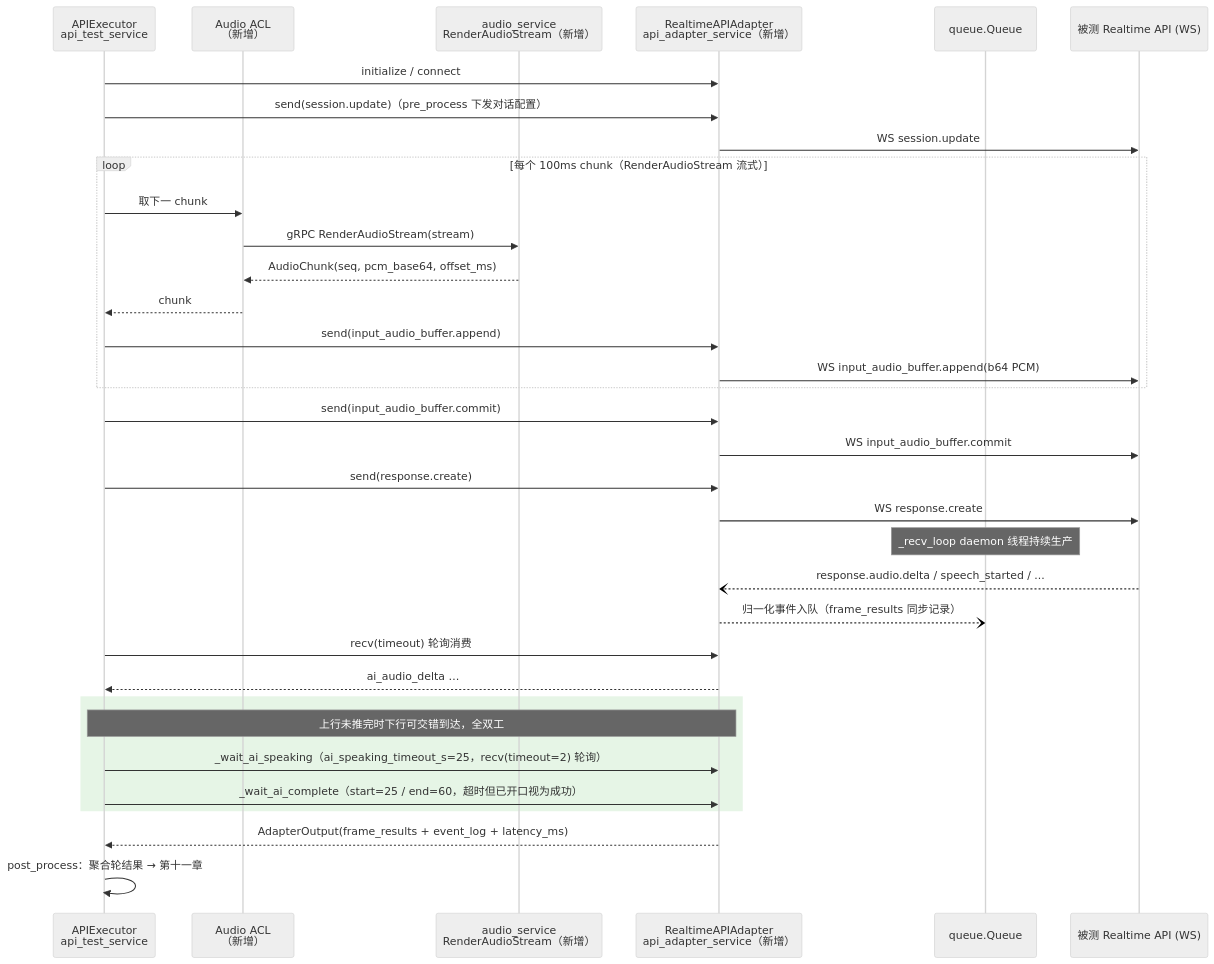
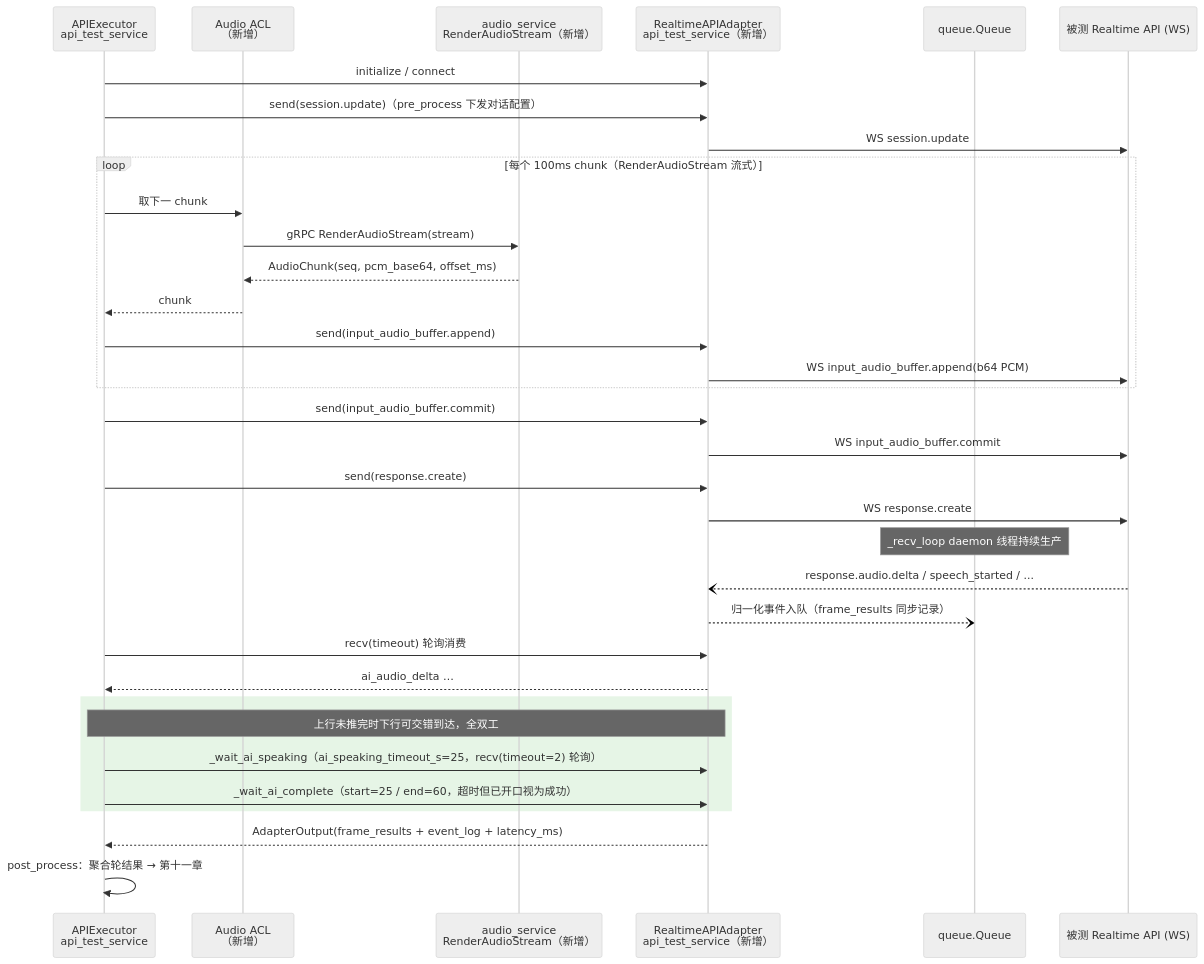
One commit to ydz-auto/intelligent_audio_test changed the second of 5 diagrams in Intelligent-Audio-TEST/doc/功能设计文档/01_测试执行/07_流式推送与结果获取.md. Above: the diagram before and after it, drawn with Mermaid (neutral theme). The commit also changed other lines of this file and 164 other files, not shown here.

First line of the commit message:
INT-1176: 重构·API适配·实施——api_adapter_service 删除实施：HTTP 执行内嵌 api_test_service（迁移+删除）

````diff
--- a/Intelligent-Audio-TEST/doc/功能设计文档/01_测试执行/07_流式推送与结果获取.md
+++ b/Intelligent-Audio-TEST/doc/功能设计文档/01_测试执行/07_流式推送与结果获取.md
@@ -174,41 +174,41 @@
 ```mermaid
 sequenceDiagram
     participant EX as APIExecutor<br/>api_test_service
     participant ACL as Audio ACL<br/>（新增）
     participant AU as audio_service<br/>RenderAudioStream（新增）
-    participant AD as RealtimeAPIAdapter<br/>api_adapter_service（新增）
+    participant AD as RealtimeAPIAdapter<br/>api_test_service（新增）
     participant Q as queue.Queue
     participant API as 被测 Realtime API (WS)
 
     EX->>AD: initialize / connect
     EX->>AD: send(session.update)（pre_process 下发对话配置）
     AD->>API: WS session.update
 
     loop 每个 100ms chunk（RenderAudioStream 流式）
         EX->>ACL: 取下一 chunk
         ACL->>AU: gRPC RenderAudioStream(stream)
         AU-->>ACL: AudioChunk(seq, pcm_base64, offset_ms)
         ACL-->>EX: chunk
         EX->>AD: send(input_audio_buffer.append)
         AD->>API: WS input_audio_buffer.append(b64 PCM)
     end
     EX->>AD: send(input_audio_buffer.commit)
     AD->>API: WS input_audio_buffer.commit
     EX->>AD: send(response.create)
     AD->>API: WS response.create
 
     Note over Q: _recv_loop daemon 线程持续生产
     API--)AD: response.audio.delta / speech_started / ...
     AD--)Q: 归一化事件入队（frame_results 同步记录）
     EX->>AD: recv(timeout) 轮询消费
     AD-->>EX: ai_audio_delta …
 
     rect rgb(230, 245, 230)
         Note over EX,AD: 上行未推完时下行可交错到达，全双工
         EX->>AD: _wait_ai_speaking（ai_speaking_timeout_s=25，recv(timeout=2) 轮询）
         EX->>AD: _wait_ai_complete（start=25 / end=60，超时但已开口视为成功）
     end
 
     AD-->>EX: AdapterOutput(frame_results + event_log + latency_ms)
     EX->>EX: post_process：聚合轮结果 → 第十一章
 ```
````
